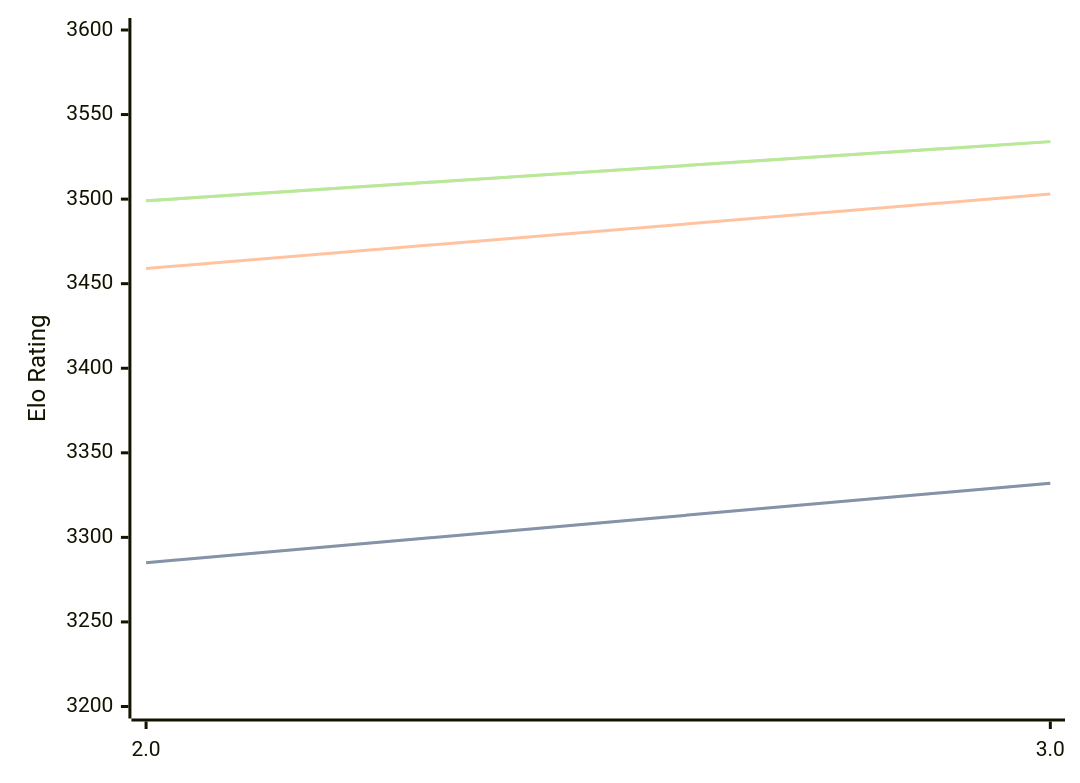
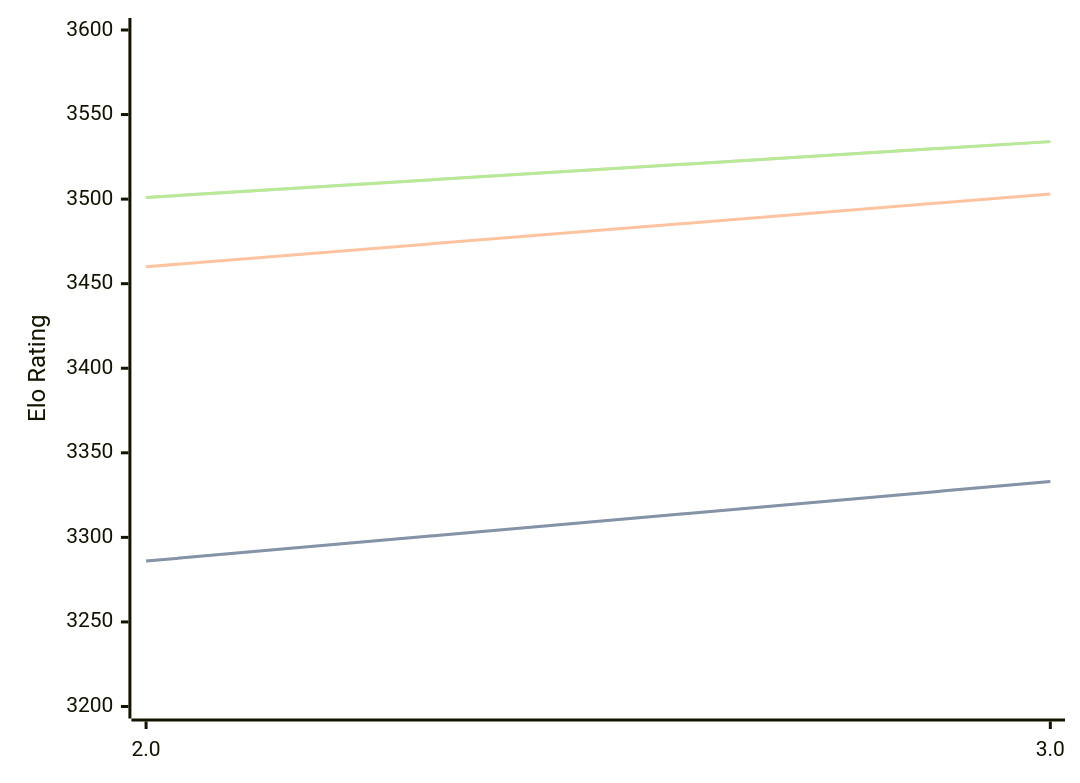
One commit to computer-chess-index/cci changed the diagram in engines/Quanticade.md. Above: the diagram before and after it, drawn with Mermaid. The commit also changed other lines of this file, not shown here.

Commit message:
Update CCI Ratings (ELO VLTC) - 2026-07-24

````diff
--- a/engines/Quanticade.md
+++ b/engines/Quanticade.md
@@ -41,11 +41,11 @@
 ```mermaid
 %%{init: {"theme":"base","themeVariables":{"seriesColors:['#a3a3a3','#222221','#faa371']}}}%%
 xychart-beta
   x-axis ["2.0", "3.0"]
   y-axis "Elo Rating" 3200 --> 3600
-  line "STC (8.0+0.08s)" [3285, 3332]
-  line "STC (8.0+0.08s)" [3285, 3332]
-  line "LTC (60.0+0.60s)" [3459, 3503]
-  line "VLTC (2m24s+1.12s)" [3499, 3534]
-  line "VLTC (2m24s+1.12s)" [3499, 3534]
+  line "STC (8.0+0.08s)" [3286, 3333]
+  line "STC (8.0+0.08s)" [3286, 3333]
+  line "LTC (60.0+0.60s)" [3460, 3503]
+  line "VLTC (2m24s+1.12s)" [3501, 3534]
+  line "VLTC (2m24s+1.12s)" [3501, 3534]
 ```
````
